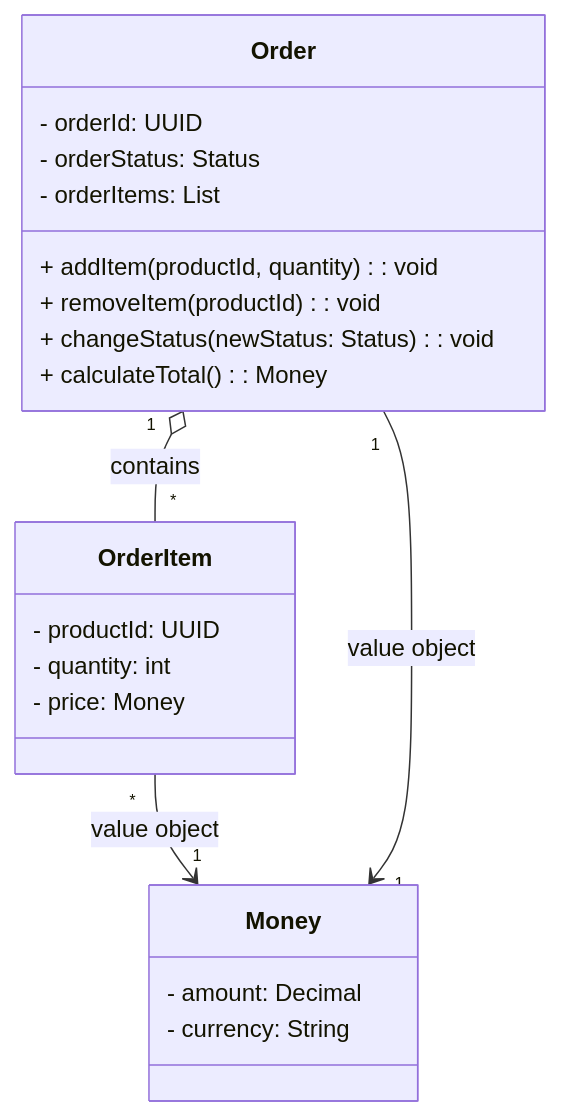
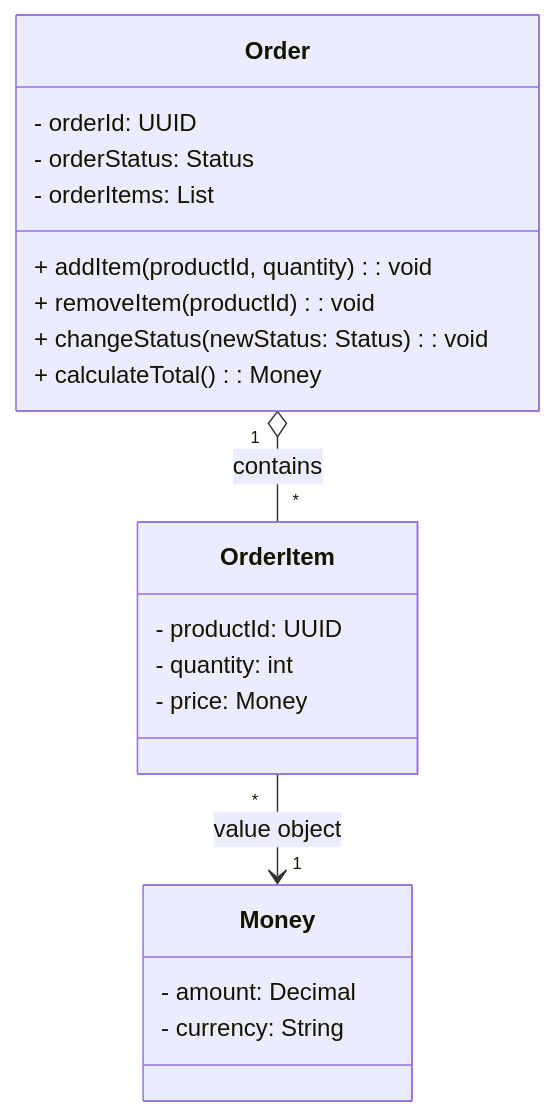
Before and after one commit to coli-bear/ddd: the second of 2 diagrams in docs/ddd-concepts.md, drawn with Mermaid.

Commit message:
aggregate mermaid 수정

````diff
--- a/docs/ddd-concepts.md
+++ b/docs/ddd-concepts.md
@@ -72,26 +72,25 @@
 ```mermaid
 classDiagram
     class Order {
         - orderId: UUID
         - orderStatus: Status
         - orderItems: List<OrderItem>
         + addItem(productId, quantity): void 
         + removeItem(productId): void
         + changeStatus(newStatus: Status): void
         + calculateTotal(): Money
     }
     class OrderItem {
         - productId: UUID
         - quantity: int
         - price: Money
     }
     
     class Money {
         - amount: Decimal 
         - currency: String
     }
     
     Order "1" o-- "*" OrderItem : contains
     OrderItem "*" --> "1" Money : value object 
-    Order "1" --> "1" Money : value object
 ```
````
